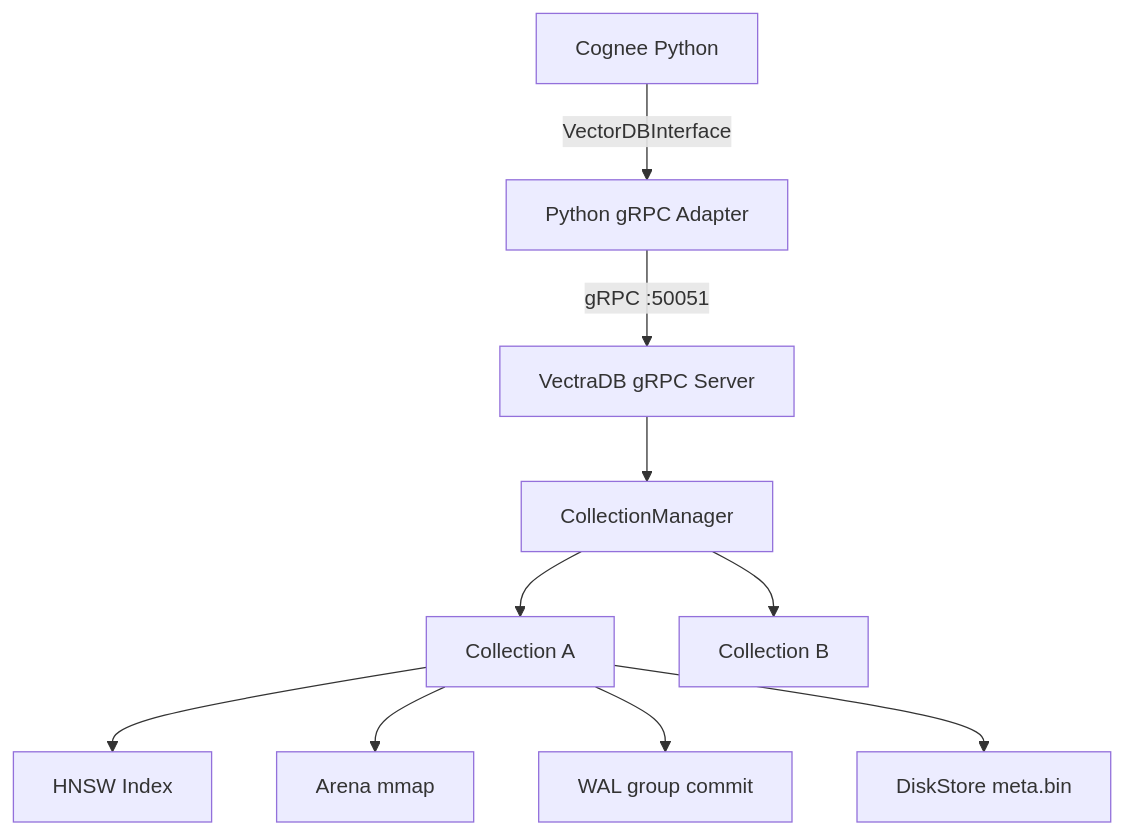
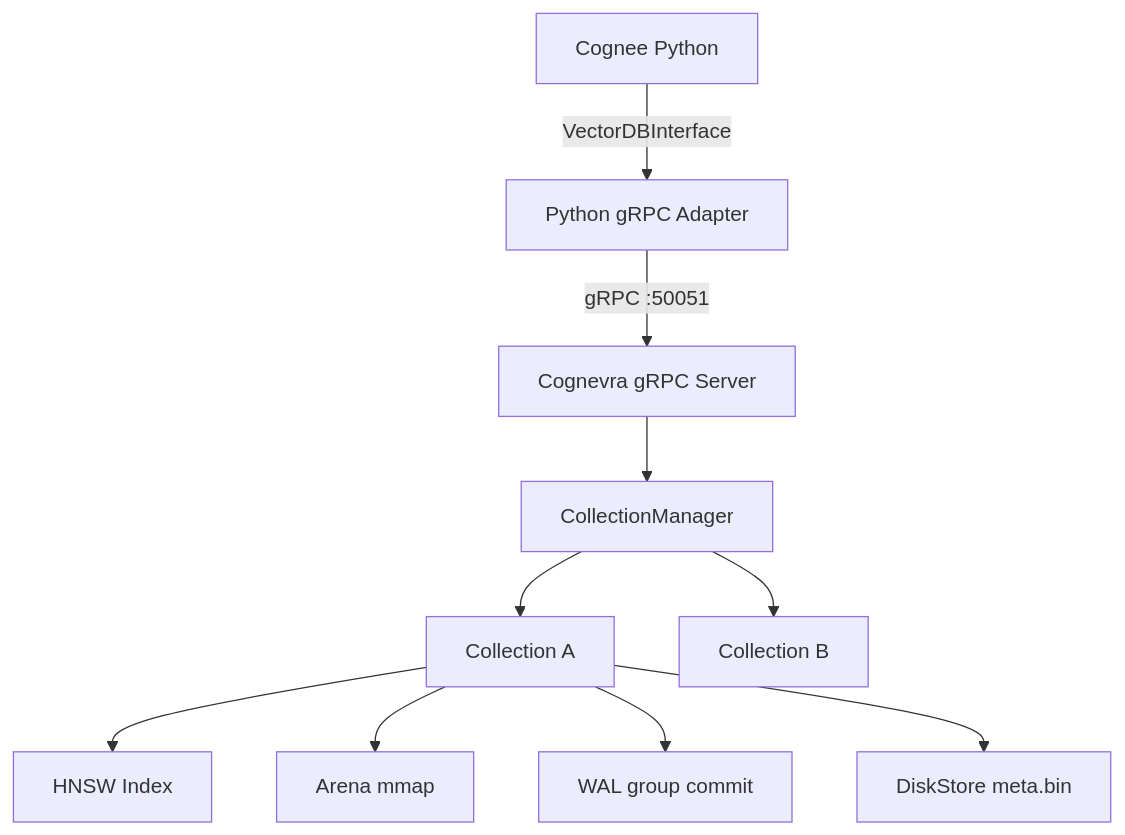
The diagram in README.md (Stek0v/Levara), drawn with Mermaid before and after one commit. The commit also changed other lines of this file and 9 other files, not shown here.

First line of the commit message:
docs: rebrand all documentation (VectraDB → Cognevra)

````diff
--- a/README.md
+++ b/README.md
@@ -25,12 +35,12 @@
 ```mermaid
 flowchart TD
     A[Cognee Python] -->|VectorDBInterface| B[Python gRPC Adapter]
-    B -->|gRPC :50051| C[VectraDB gRPC Server]
+    B -->|gRPC :50051| C[Cognevra gRPC Server]
     C --> D[CollectionManager]
     D --> E[Collection A]
     D --> F[Collection B]
     E --> G[HNSW Index]
     E --> H[Arena mmap]
     E --> I[WAL group commit]
     E --> J[DiskStore meta.bin]
 ```
````
